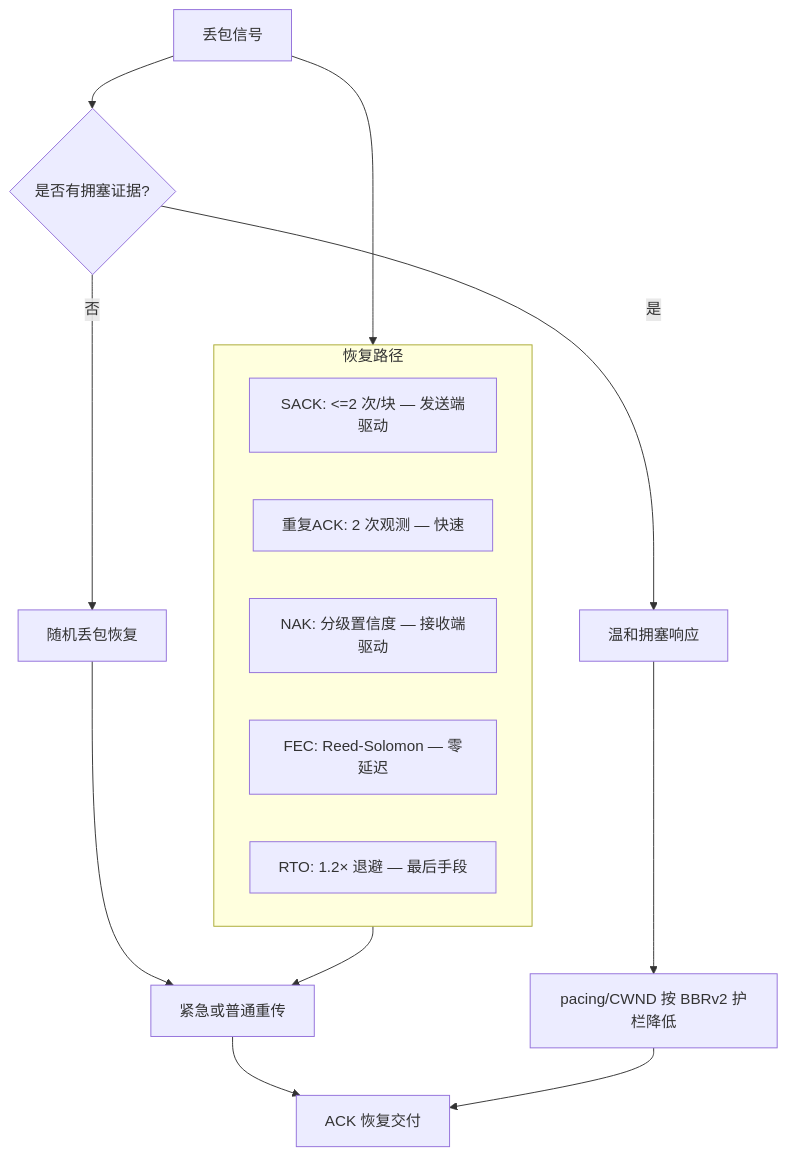
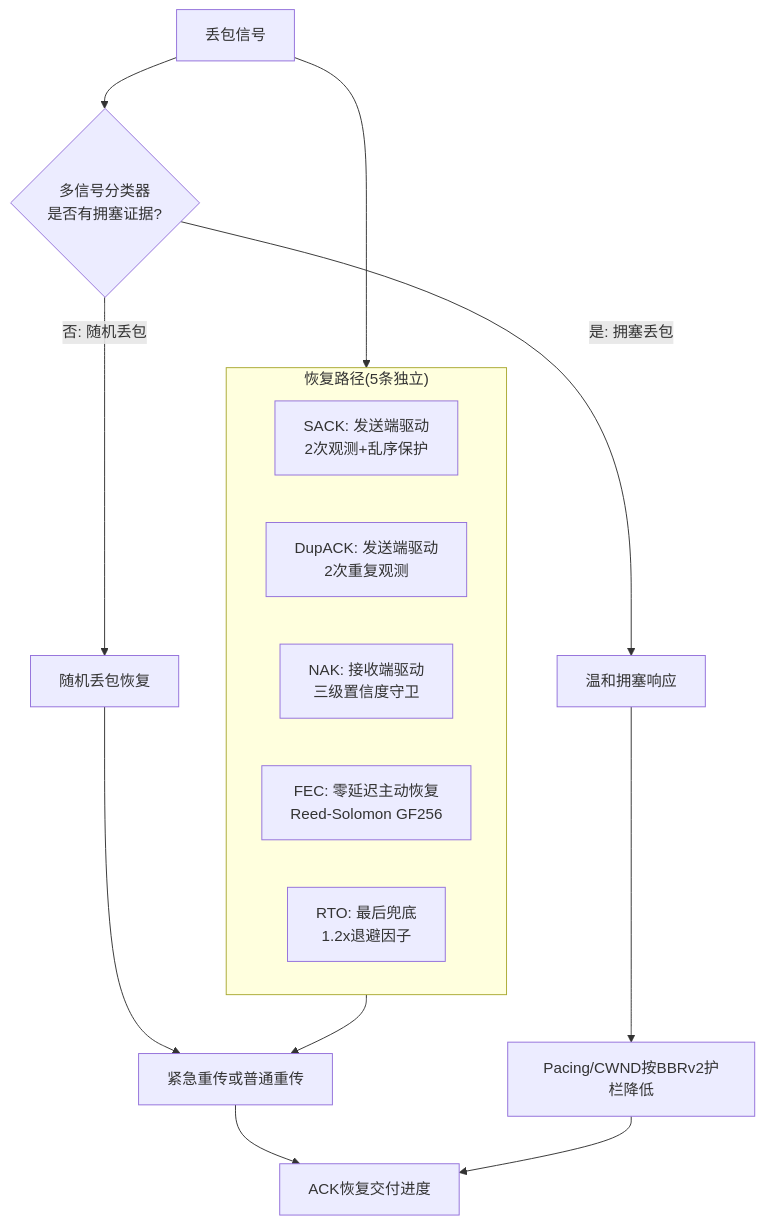
Before and after one commit to liulilittle/ucp: the first of 9 diagrams in docs/protocol_CN.md, drawn with Mermaid. The commit also changed other lines of this file and 43 other files, not shown here.

````diff
--- a/docs/protocol_CN.md
+++ b/docs/protocol_CN.md
@@ -19,23 +19,23 @@
 ```mermaid
 flowchart TD
-    Loss[丢包信号] --> Classifier{是否有拥塞证据?}
-    Classifier -->|否| Random[随机丢包恢复]
-    Classifier -->|是| Congestion[温和拥塞响应]
-
-    Random --> Repair[紧急或普通重传]
-    Congestion --> Reduce[pacing/CWND 按 BBRv2 护栏降低]
-
-    Repair --> Ack[ACK 恢复交付]
+    Loss["丢包信号"] --> Classifier{"多信号分类器<br/>是否有拥塞证据?"}
+    Classifier -->|"否: 随机丢包"| Random["随机丢包恢复"]
+    Classifier -->|"是: 拥塞丢包"| Congestion["温和拥塞响应"]
+    
+    Random --> Repair["紧急重传或普通重传"]
+    Congestion --> Reduce["Pacing/CWND按BBRv2护栏降低"]
+    
+    Repair --> Ack["ACK恢复交付进度"]
     Reduce --> Ack
-
-    subgraph Recovery[恢复路径]
-        SACK[SACK: <=2 次/块 — 发送端驱动]
-        DupAck[重复ACK: 2 次观测 — 快速]
-        NAK[NAK: 分级置信度 — 接收端驱动]
-        FEC[FEC: Reed-Solomon — 零延迟]
-        RTO[RTO: 1.2× 退避 — 最后手段]
+    
+    subgraph Recovery["恢复路径(5条独立)"]
+        SACK["SACK: 发送端驱动<br/>2次观测+乱序保护"]
+        DupAck["DupACK: 发送端驱动<br/>2次重复观测"]
+        NAK["NAK: 接收端驱动<br/>三级置信度守卫"]
+        FEC["FEC: 零延迟主动恢复<br/>Reed-Solomon GF256"]
+        RTO["RTO: 最后兜底<br/>1.2x退避因子"]
     end
-
+    
     Loss --> Recovery
     Recovery --> Repair
 ```
````
